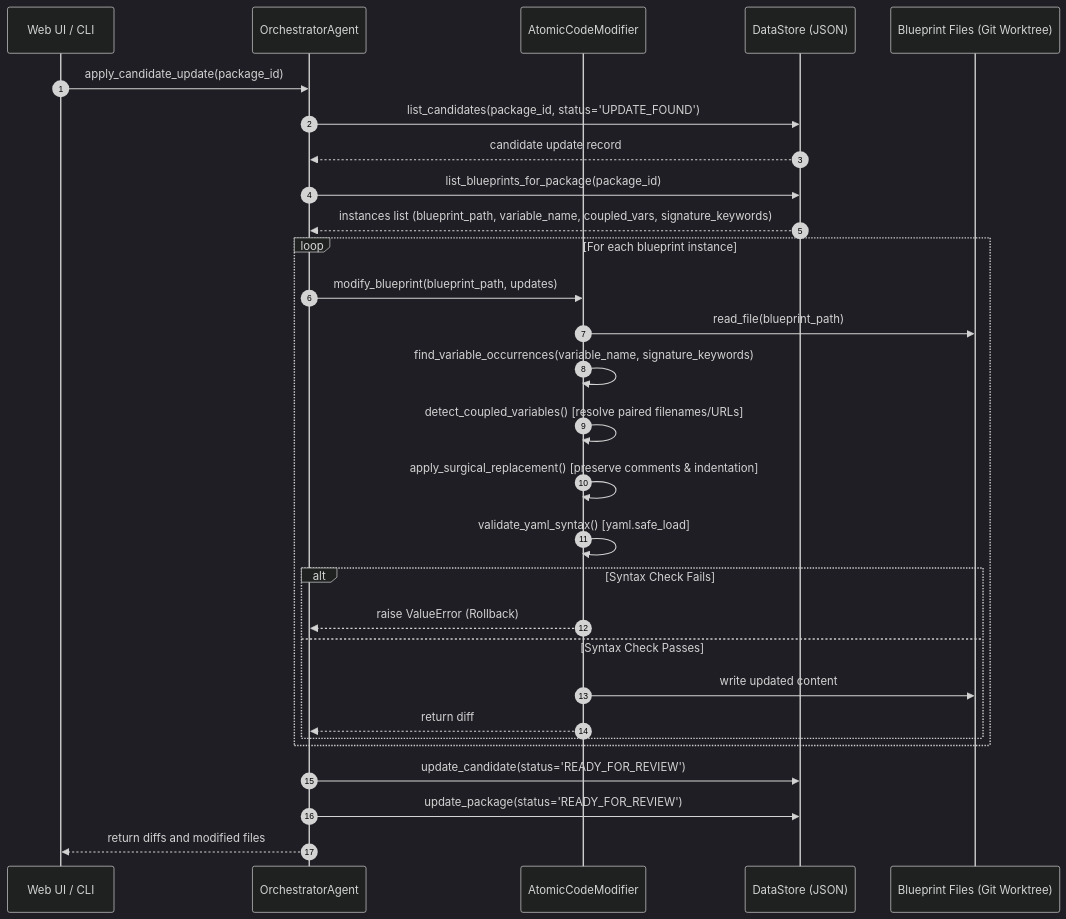
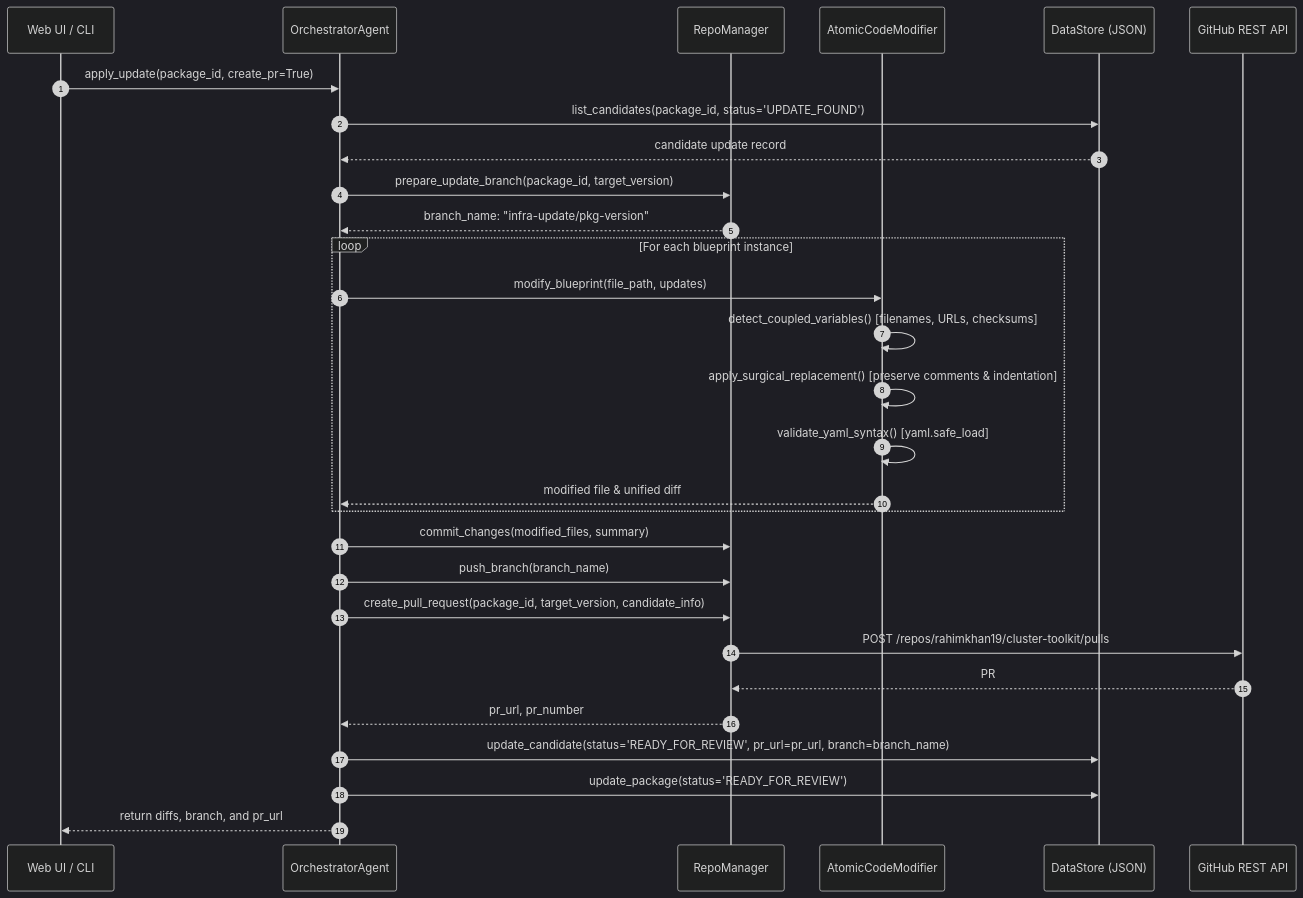
Before and after one commit to rahimkhan19/cluster-toolkit: the third of 3 diagrams in tools/infra_updater/END_TO_END_FLOW.md, drawn with Mermaid (dark theme). The commit also changed other lines of this file and 19 other files, not shown here.

````diff
--- a/tools/infra_updater/END_TO_END_FLOW.md
+++ b/tools/infra_updater/END_TO_END_FLOW.md
@@ -243,34 +214,35 @@
 ```mermaid
 sequenceDiagram
     autonumber
     participant UI as Web UI / CLI
     participant Orch as OrchestratorAgent
+    participant Repo as RepoManager
     participant Mod as AtomicCodeModifier
     participant DS as DataStore (JSON)
-    participant FS as Blueprint Files (Git Worktree)
+    participant GH as GitHub REST API
 
-    UI->>Orch: apply_candidate_update(package_id)
+    UI->>Orch: apply_update(package_id, create_pr=True)
     Orch->>DS: list_candidates(package_id, status='UPDATE_FOUND')
     DS-->>Orch: candidate update record
-    Orch->>DS: list_blueprints_for_package(package_id)
-    DS-->>Orch: instances list (blueprint_path, variable_name, coupled_vars, signature_keywords)
+    Orch->>Repo: prepare_update_branch(package_id, target_version)
+    Repo-->>Orch: branch_name: "infra-update/pkg-version"
 
     loop For each blueprint instance
-        Orch->>Mod: modify_blueprint(blueprint_path, updates)
-        Mod->>FS: read_file(blueprint_path)
-        Mod->>Mod: find_variable_occurrences(variable_name, signature_keywords)
-        Mod->>Mod: detect_coupled_variables() [resolve paired filenames/URLs]
+        Orch->>Mod: modify_blueprint(file_path, updates)
+        Mod->>Mod: detect_coupled_variables() [filenames, URLs, checksums]
         Mod->>Mod: apply_surgical_replacement() [preserve comments & indentation]
         Mod->>Mod: validate_yaml_syntax() [yaml.safe_load]
-        alt Syntax Check Fails
-            Mod-->>Orch: raise ValueError (Rollback)
-        else Syntax Check Passes
-            Mod->>FS: write updated content
-            Mod-->>Orch: return diff
-        end
+        Mod-->>Orch: modified file & unified diff
     end
 
-    Orch->>DS: update_candidate(status='READY_FOR_REVIEW')
+    Orch->>Repo: commit_changes(modified_files, summary)
+    Orch->>Repo: push_branch(branch_name)
+    Orch->>Repo: create_pull_request(package_id, target_version, candidate_info)
+    Repo->>GH: POST /repos/rahimkhan19/cluster-toolkit/pulls
+    GH-->>Repo: PR #, html_url
+    Repo-->>Orch: pr_url, pr_number
+
+    Orch->>DS: update_candidate(status='READY_FOR_REVIEW', pr_url=pr_url, branch=branch_name)
     Orch->>DS: update_package(status='READY_FOR_REVIEW')
-    Orch-->>UI: return diffs and modified files
+    Orch-->>UI: return diffs, branch, and pr_url
 ```
````
